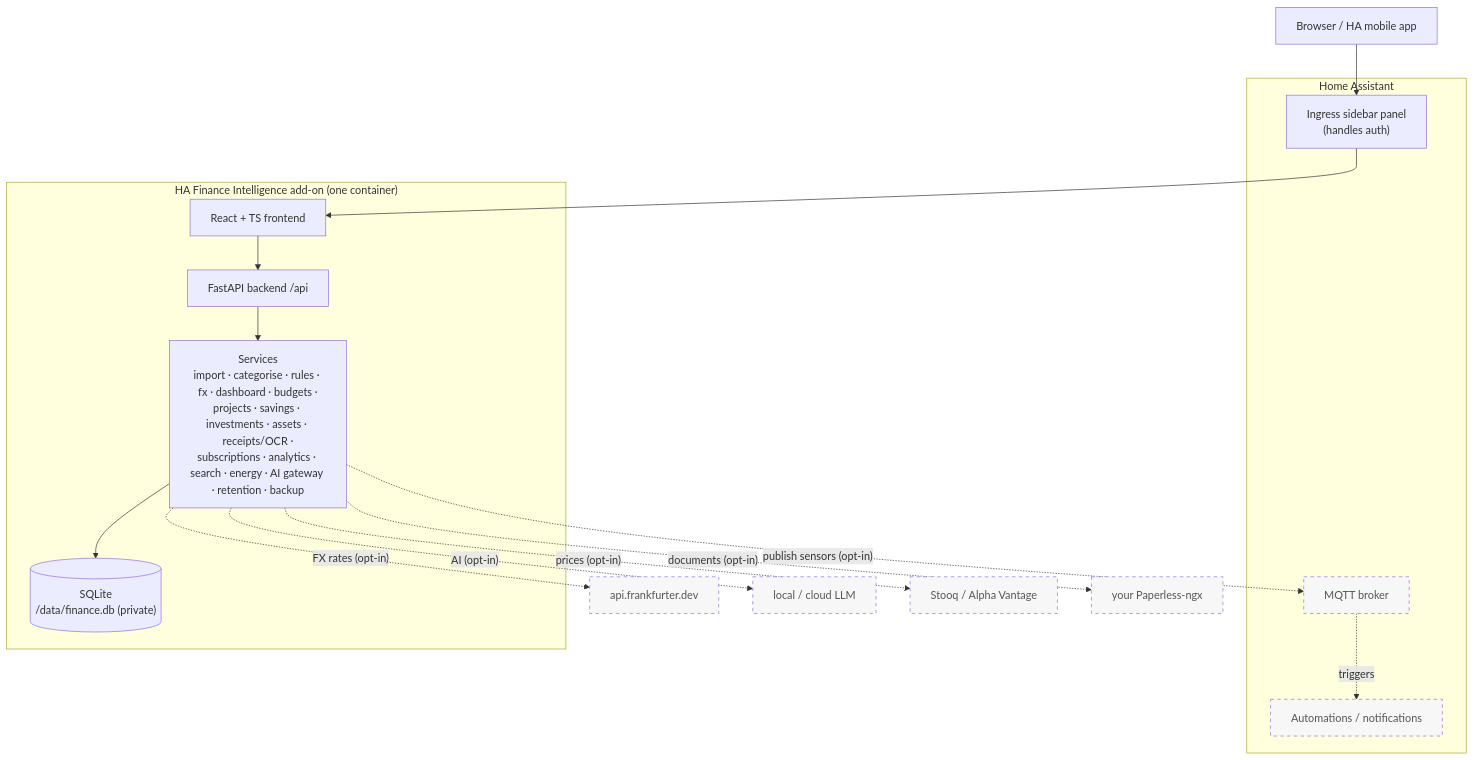
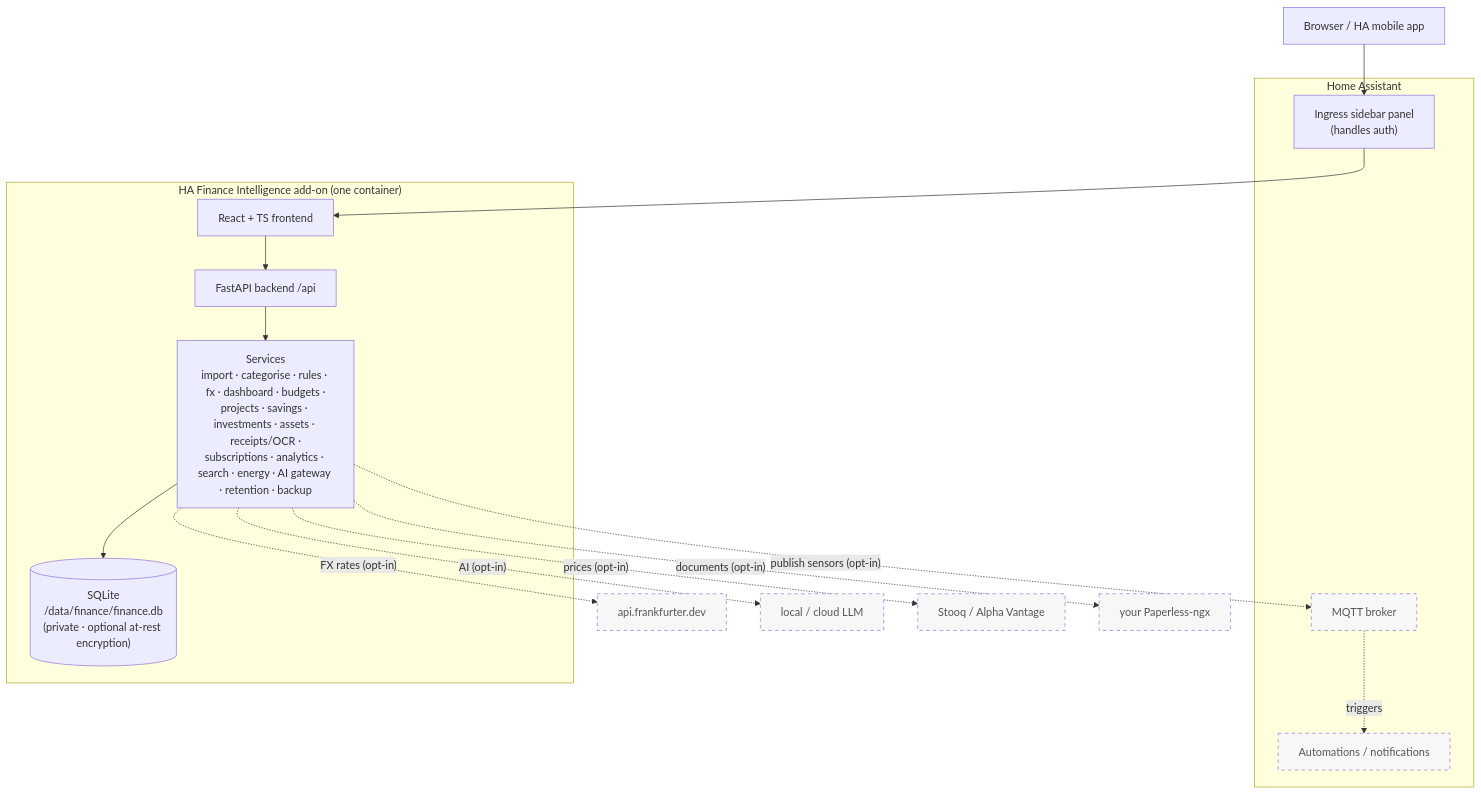
One commit to SpiritSLO-UK/HomeAssistant-expenses-analytics changed the first of 5 diagrams in docs/architecture.md. Above: the diagram before and after it, drawn with Mermaid. The commit also changed other lines of this file and 1 other file, not shown here.

First line of the commit message:
docs(architecture): note at-rest encryption + add energy/import-profile/Curve entities

````diff
--- a/docs/architecture.md
+++ b/docs/architecture.md
@@ -15,29 +15,29 @@
 ```mermaid
 flowchart TB
   user["Browser / HA mobile app"]
 
   subgraph ha["Home Assistant"]
     ingress["Ingress sidebar panel<br/>(handles auth)"]
     mqtt["MQTT broker"]
     autos["Automations / notifications"]
   end
 
   subgraph addon["HA Finance Intelligence add-on (one container)"]
     fe["React + TS frontend"]
     api["FastAPI backend /api"]
     svc["Services<br/>import · categorise · rules · fx · dashboard · budgets ·<br/>projects · savings · investments · assets · receipts/OCR ·<br/>subscriptions · analytics · search · energy · AI gateway · retention · backup"]
-    db[("SQLite<br/>/data/finance.db (private)")]
+    db[("SQLite<br/>/data/finance/finance.db<br/>(private · optional at-rest encryption)")]
     fe --> api --> svc --> db
   end
 
   user --> ingress --> fe
   svc -. "publish sensors (opt-in)" .-> mqtt
   mqtt -. triggers .-> autos
   svc -. "FX rates (opt-in)" .-> frank["api.frankfurter.dev"]
   svc -. "AI (opt-in)" .-> ai["local / cloud LLM"]
   svc -. "prices (opt-in)" .-> px["Stooq / Alpha Vantage"]
   svc -. "documents (opt-in)" .-> ppl["your Paperless-ngx"]
 
   classDef opt stroke-dasharray:5 5,fill:#f7f7f7,color:#555;
   class mqtt,autos,frank,ai,px,ppl opt;
 ```
````
